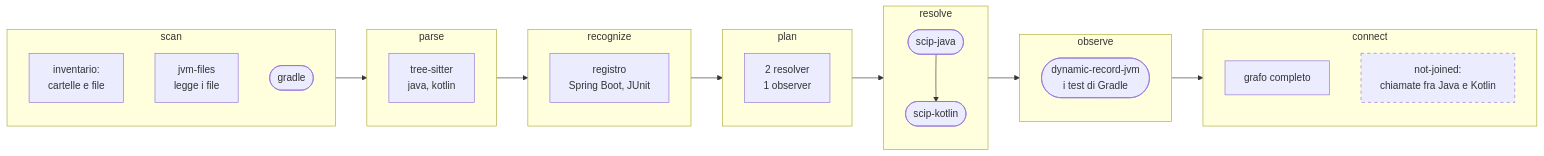
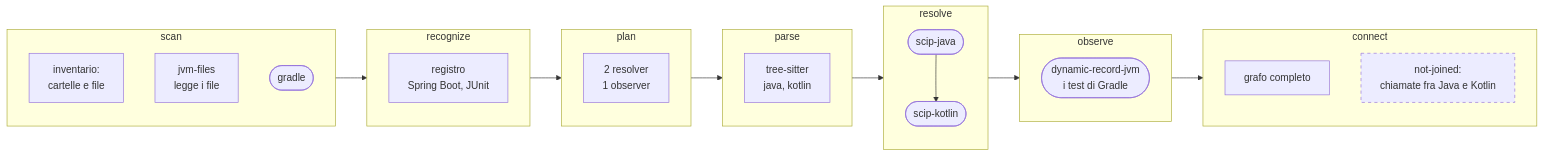
One commit to acaprino/daodan changed the third of 4 diagrams in docs/plugins/codebase-map.md. Above: the diagram before and after it, drawn with Mermaid. The commit also changed other lines of this file and 2 other files, not shown here.

````diff
--- a/docs/plugins/codebase-map.md
+++ b/docs/plugins/codebase-map.md
@@ -156,29 +157,29 @@
 ```mermaid
 flowchart LR
   subgraph scan
     b0["inventario:<br>cartelle e file"]
     b1[jvm-files<br>legge i file]
     b2([gradle])
   end
-  subgraph parse
-    a1[tree-sitter<br>java, kotlin]
-  end
   subgraph recognize
     c1[registro<br>Spring Boot, JUnit]
   end
   subgraph plan
     d1[2 resolver<br>1 observer]
+  end
+  subgraph parse
+    a1[tree-sitter<br>java, kotlin]
   end
   subgraph resolve
     e1([scip-java]) --> e2([scip-kotlin])
   end
   subgraph observe
     f1([dynamic-record-jvm<br>i test di Gradle])
   end
   subgraph connect
     g1[grafo completo]
     g2["not-joined:<br>chiamate fra Java e Kotlin"]:::gap
   end
-  scan --> parse --> recognize --> plan --> resolve --> observe --> connect
+  scan --> recognize --> plan --> parse --> resolve --> observe --> connect
   classDef gap stroke-dasharray: 5 5
 ```
````
